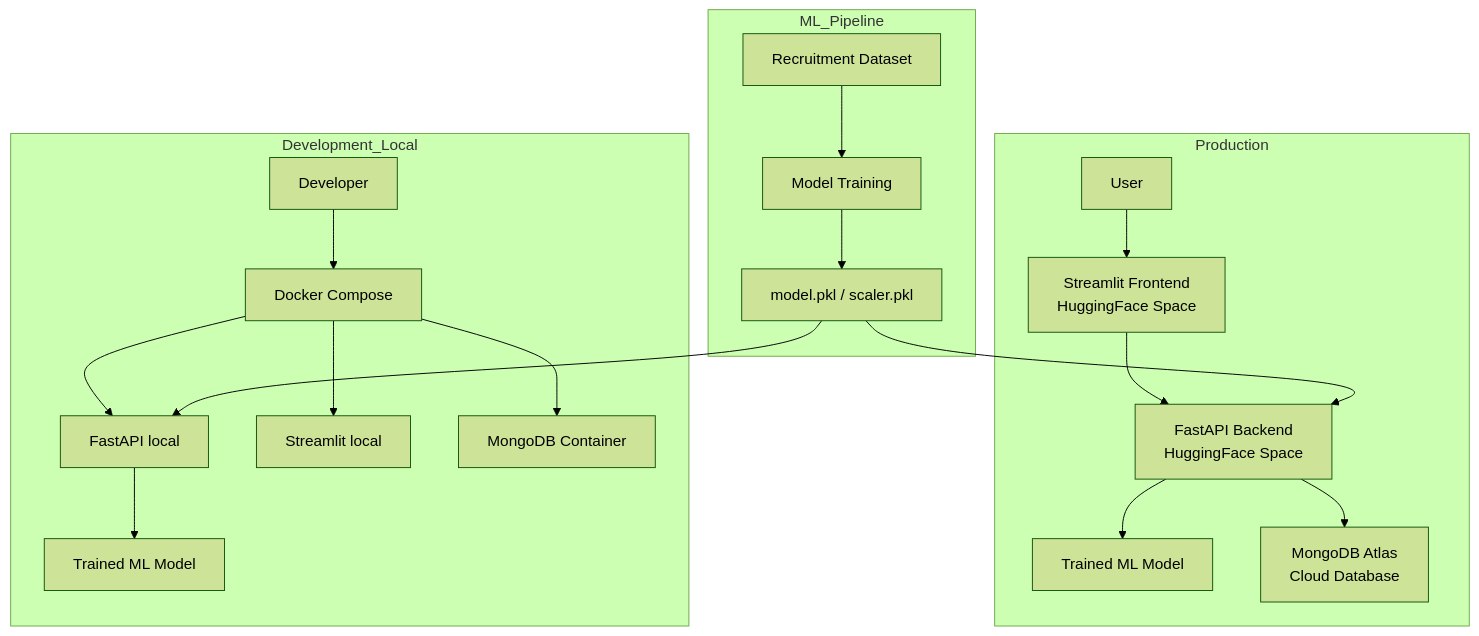
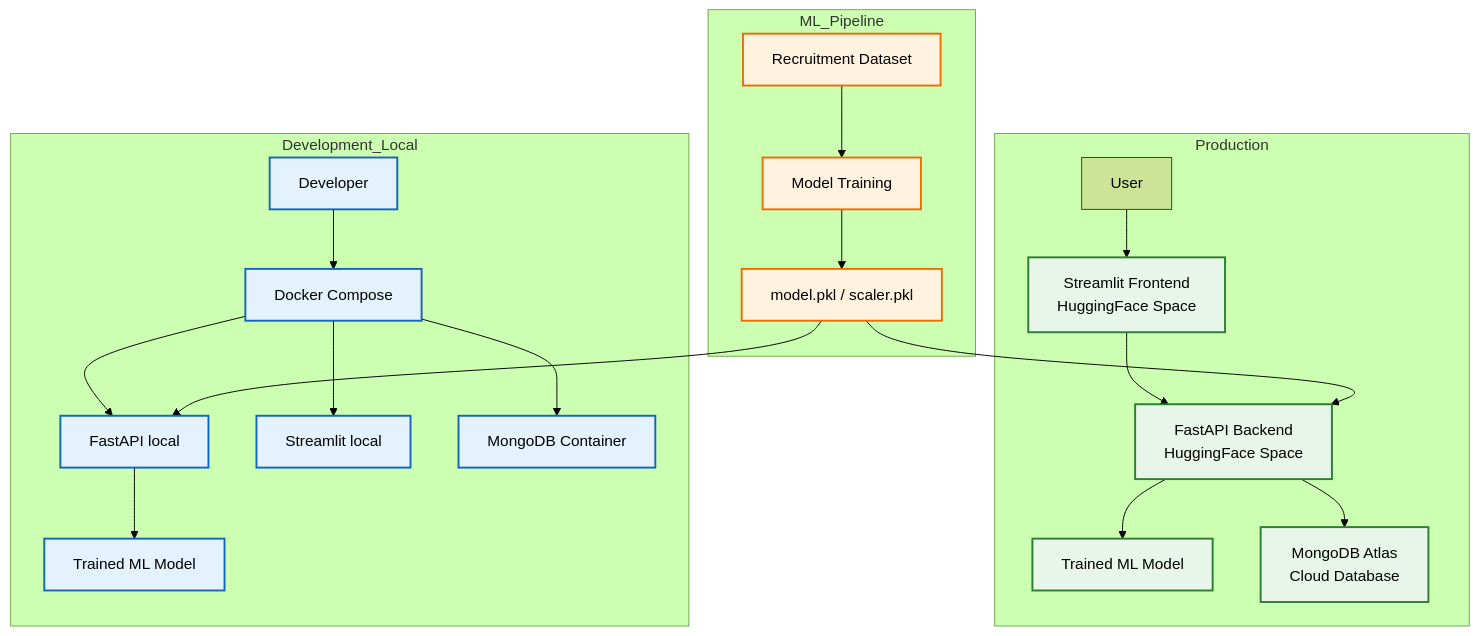
The diagram in README.md (rsquaredata/mlops-hiring), drawn with Mermaid (forest theme) before and after one commit.

````diff
--- a/README.md
+++ b/README.md
@@ -28,37 +28,49 @@
 ```mermaid
 flowchart TB
 
 %% =========================
 %% PRODUCTION
 %% =========================
 
 subgraph Production
     User["User"] --> FrontendHF["Streamlit Frontend<br>HuggingFace Space"]
     FrontendHF --> BackendHF["FastAPI Backend<br>HuggingFace Space"]
     BackendHF --> ModelHF["Trained ML Model"]
     BackendHF --> MongoAtlas["MongoDB Atlas<br>Cloud Database"]
 end
 
 %% =========================
 %% DEVELOPMENT
 %% =========================
 
 subgraph Development_Local
     DevUser["Developer"] --> DockerCompose["Docker Compose"]
     DockerCompose --> BackendLocal["FastAPI local"]
     DockerCompose --> FrontendLocal["Streamlit local"]
     DockerCompose --> MongoLocal["MongoDB Container"]
     BackendLocal --> ModelLocal["Trained ML Model"]
 end
 
 %% =========================
 %% TRAINING
 %% =========================
 
 subgraph ML_Pipeline
     Dataset["Recruitment Dataset"] --> Training["Model Training"]
     Training --> ModelArtifact["model.pkl / scaler.pkl"]
     ModelArtifact --> BackendLocal
     ModelArtifact --> BackendHF
 end
+
+%% =========================
+%% STYLING
+%% =========================
+
+classDef prod fill:#e8f5e9,stroke:#2e7d32,stroke-width:2px;
+classDef dev fill:#e3f2fd,stroke:#1565c0,stroke-width:2px;
+classDef ml fill:#fff3e0,stroke:#ef6c00,stroke-width:2px;
+
+class FrontendHF,BackendHF,ModelHF,MongoAtlas prod;
+class DevUser,DockerCompose,BackendLocal,FrontendLocal,MongoLocal,ModelLocal dev;
+class Dataset,Training,ModelArtifact ml;
 ```
````
